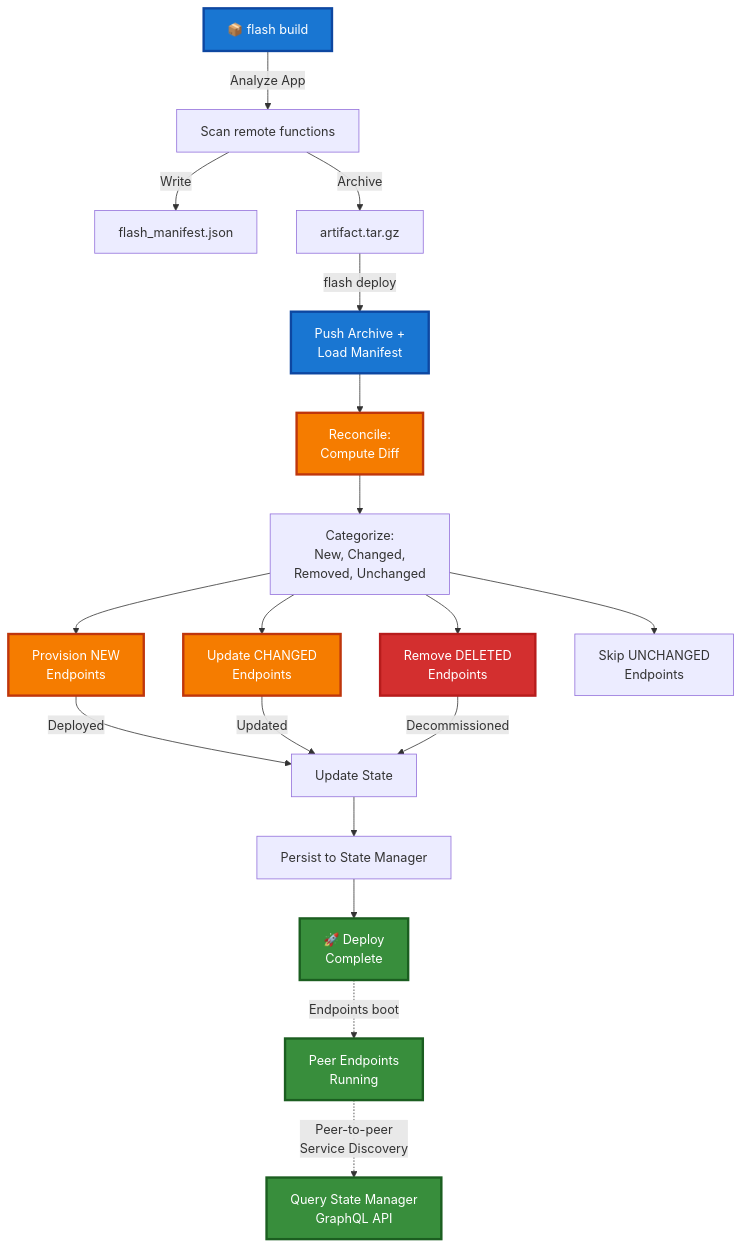
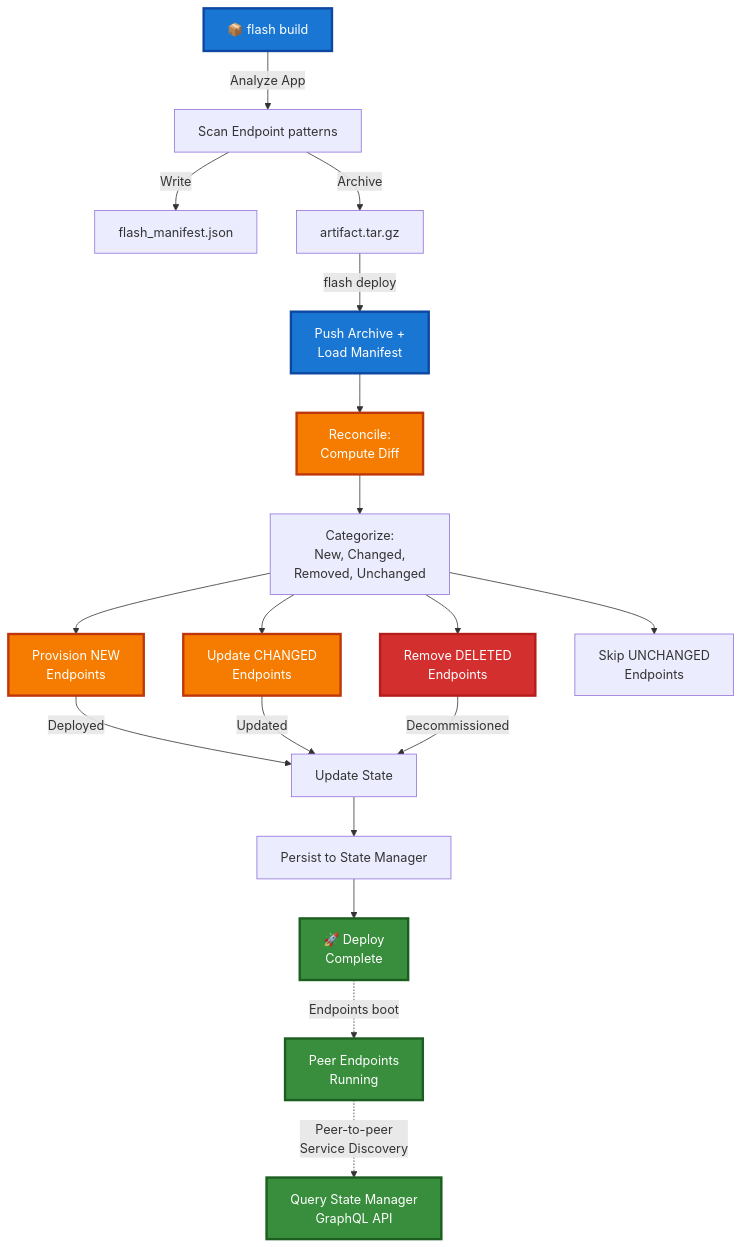
Before and after one commit to runpod/flash: the first of 3 diagrams in docs/Deployment_Architecture.md, drawn with Mermaid. The commit also changed other lines of this file and 8 other files, not shown here.

````diff
--- a/docs/Deployment_Architecture.md
+++ b/docs/Deployment_Architecture.md
@@ -8,39 +8,39 @@
 ```mermaid
 graph TD
-    A["📦 flash build"] -->|"Analyze App"| B["Scan remote functions"]
+    A["📦 flash build"] -->|"Analyze App"| B["Scan Endpoint patterns"]
     B -->|"Write"| C["flash_manifest.json"]
     B -->|"Archive"| D["artifact.tar.gz"]
 
     D -->|"flash deploy"| E["Push Archive +<br/>Load Manifest"]
 
     E --> I["Reconcile:<br/>Compute Diff"]
 
     I --> J["Categorize:<br/>New, Changed,<br/>Removed, Unchanged"]
 
     J --> K["Provision NEW<br/>Endpoints"]
     J --> L["Update CHANGED<br/>Endpoints"]
     J --> M["Remove DELETED<br/>Endpoints"]
     J --> N["Skip UNCHANGED<br/>Endpoints"]
 
     K -->|"Deployed"| O["Update State"]
     L -->|"Updated"| O
     M -->|"Decommissioned"| O
 
     O --> P["Persist to State Manager"]
 
     P --> Q["🚀 Deploy<br/>Complete"]
 
     Q -.->|"Endpoints boot"| F["Peer Endpoints<br/>Running"]
 
     F -.->|"Peer-to-peer<br/>Service Discovery"| R["Query State Manager<br/>GraphQL API"]
 
     style A fill:#1976d2,stroke:#0d47a1,stroke-width:3px,color:#fff
     style E fill:#1976d2,stroke:#0d47a1,stroke-width:3px,color:#fff
     style I fill:#f57c00,stroke:#bf360c,stroke-width:3px,color:#fff
     style K fill:#f57c00,stroke:#bf360c,stroke-width:3px,color:#fff
     style L fill:#f57c00,stroke:#bf360c,stroke-width:3px,color:#fff
     style M fill:#d32f2f,stroke:#b71c1c,stroke-width:3px,color:#fff
     style Q fill:#388e3c,stroke:#1b5e20,stroke-width:3px,color:#fff
     style R fill:#388e3c,stroke:#1b5e20,stroke-width:3px,color:#fff
     style F fill:#388e3c,stroke:#1b5e20,stroke-width:3px,color:#fff
 ```
````
